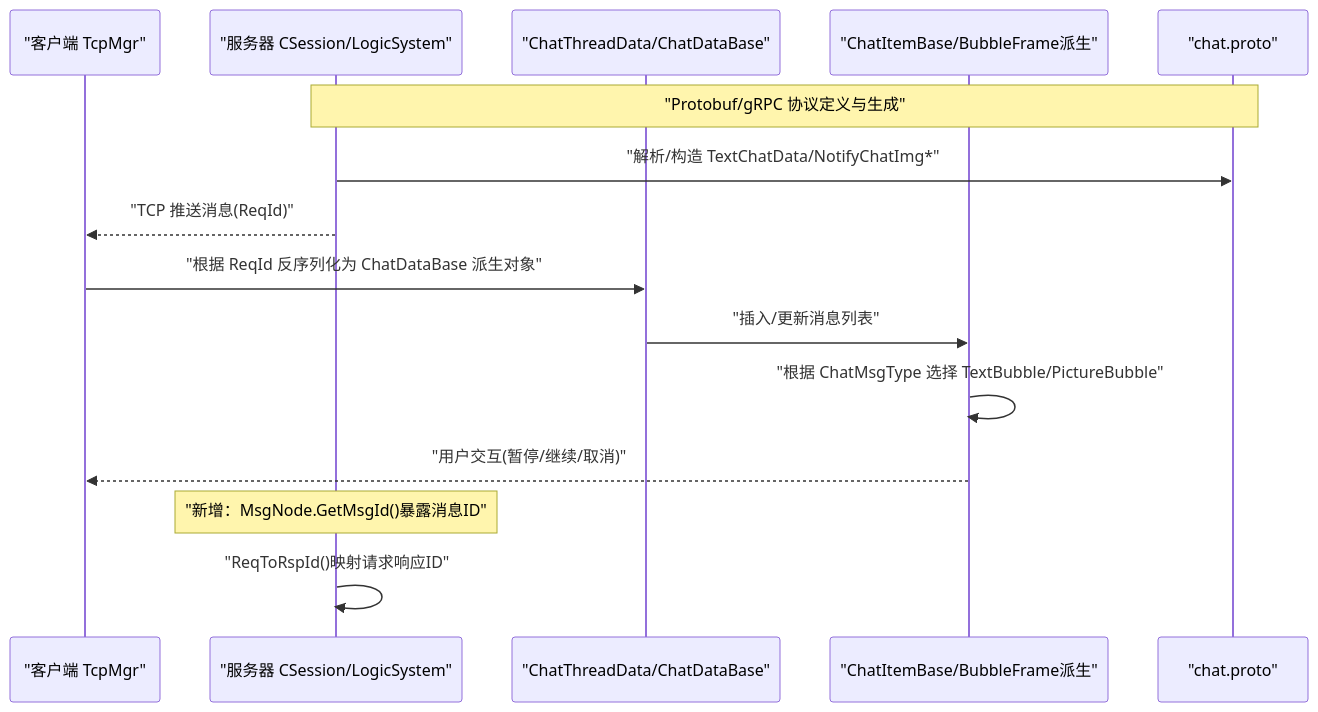
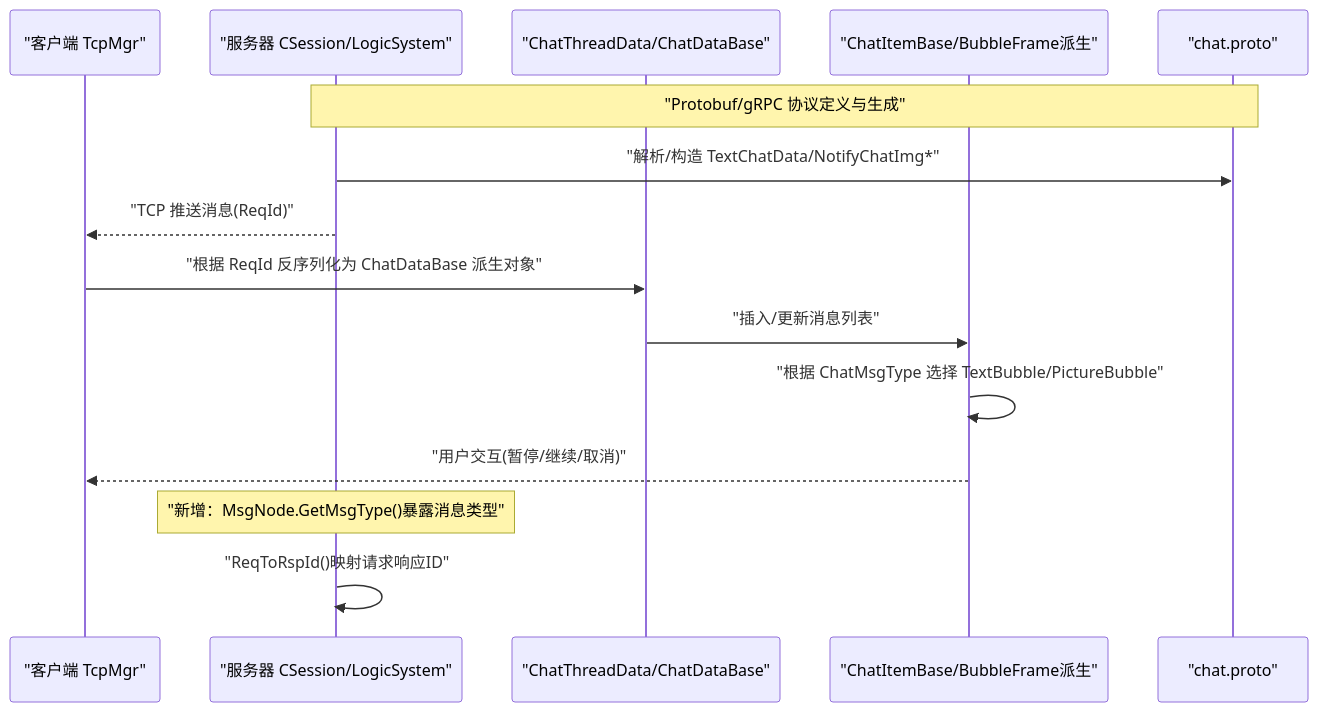
Before and after one commit to echo9923/mychatter: the second of 9 diagrams in .qoder/repowiki/zh/content/核心功能模块/聊天消息系统/消息类型系统.md, drawn with Mermaid. The commit also changed other lines of this file and 128 other files, not shown here.

First line of the commit message:
refactor(protocol): TCP 帧头消息类型 msg_id 全局改名为 msg_type

````diff
--- a/.qoder/repowiki/zh/content/核心功能模块/聊天消息系统/消息类型系统.md
+++ b/.qoder/repowiki/zh/content/核心功能模块/聊天消息系统/消息类型系统.md
@@ -121,17 +121,17 @@
 ```mermaid
 sequenceDiagram
 participant Client as "客户端 TcpMgr"
 participant Server as "服务器 CSession/LogicSystem"
 participant Model as "ChatThreadData/ChatDataBase"
 participant UI as "ChatItemBase/BubbleFrame派生"
 participant Proto as "chat.proto"
 Note over Proto,Server : "Protobuf/gRPC 协议定义与生成"
 Server->>Proto : "解析/构造 TextChatData/NotifyChatImg*"
 Server-->>Client : "TCP 推送消息(ReqId)"
 Client->>Model : "根据 ReqId 反序列化为 ChatDataBase 派生对象"
 Model->>UI : "插入/更新消息列表"
 UI->>UI : "根据 ChatMsgType 选择 TextBubble/PictureBubble"
 UI-->>Client : "用户交互(暂停/继续/取消)"
-Note over Server : "新增：MsgNode.GetMsgId()暴露消息ID"
+Note over Server : "新增：MsgNode.GetMsgType()暴露消息类型"
 Server->>Server : "ReqToRspId()映射请求响应ID"
 ```
````
